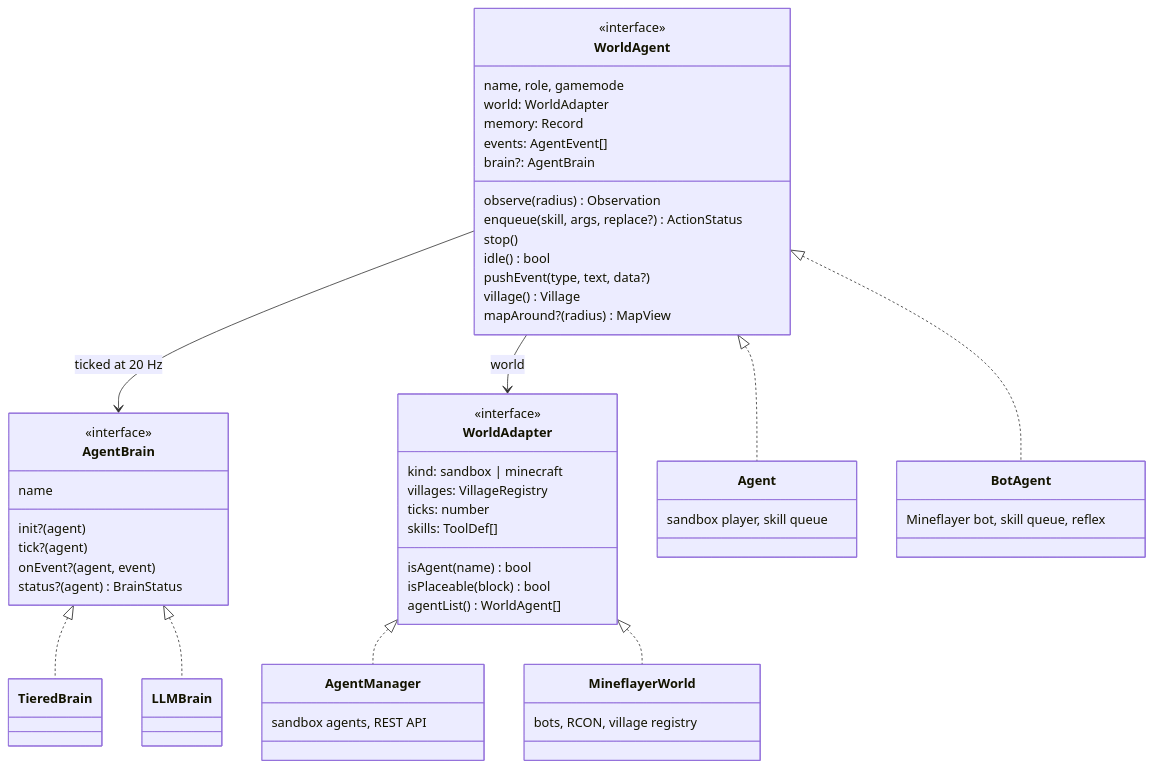
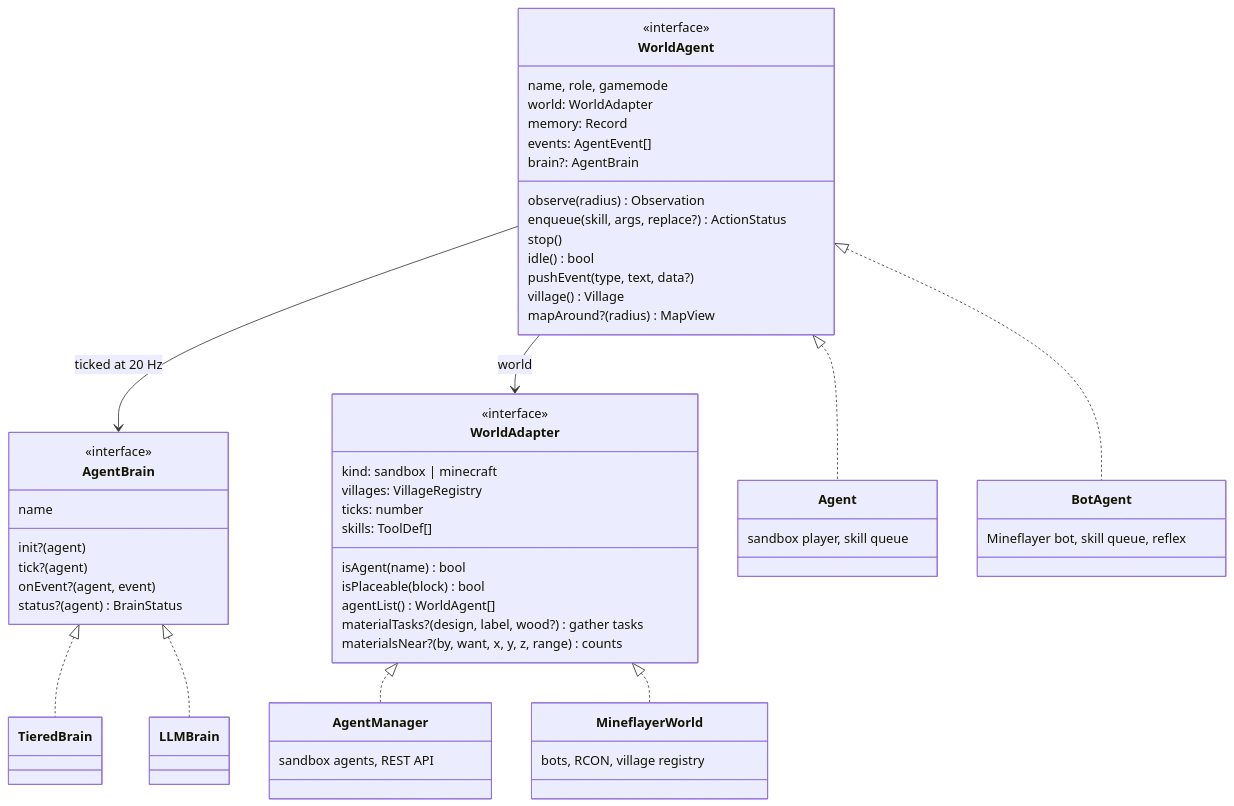
Before and after one commit to delphium226/MCAISandbox: the second of 12 diagrams in docs/ARCHITECTURE.md, drawn with Mermaid. The commit also changed other lines of this file and 1 other file, not shown here.

First line of the commit message:
README and ARCHITECTURE.md: the survival village as it works after phase 1 (plan step 1.6)

````diff
--- a/docs/ARCHITECTURE.md
+++ b/docs/ARCHITECTURE.md
@@ -73,58 +73,60 @@
 ```mermaid
 classDiagram
   class WorldAgent {
     <<interface>>
     name, role, gamemode
     world: WorldAdapter
     memory: Record
     events: AgentEvent[]
     brain?: AgentBrain
     observe(radius) Observation
     enqueue(skill, args, replace?) ActionStatus
     stop()
     idle() bool
     pushEvent(type, text, data?)
     village() Village
     mapAround?(radius) MapView
   }
   class WorldAdapter {
     <<interface>>
     kind: sandbox | minecraft
     villages: VillageRegistry
     ticks: number
     skills: ToolDef[]
     isAgent(name) bool
     isPlaceable(block) bool
     agentList() WorldAgent[]
+    materialTasks?(design, label, wood?) gather tasks
+    materialsNear?(by, want, x, y, z, range) counts
   }
   class AgentBrain {
     <<interface>>
     name
     init?(agent)
     tick?(agent)
     onEvent?(agent, event)
     status?(agent) BrainStatus
   }
   class Agent {
     sandbox player, skill queue
   }
   class AgentManager {
     sandbox agents, REST API
   }
   class BotAgent {
     Mineflayer bot, skill queue, reflex
   }
   class MineflayerWorld {
     bots, RCON, village registry
   }
   class TieredBrain
   class LLMBrain
   WorldAgent <|.. Agent
   WorldAgent <|.. BotAgent
   WorldAdapter <|.. AgentManager
   WorldAdapter <|.. MineflayerWorld
   AgentBrain <|.. TieredBrain
   AgentBrain <|.. LLMBrain
   WorldAgent --> AgentBrain : ticked at 20 Hz
   WorldAgent --> WorldAdapter : world
 ```
````
